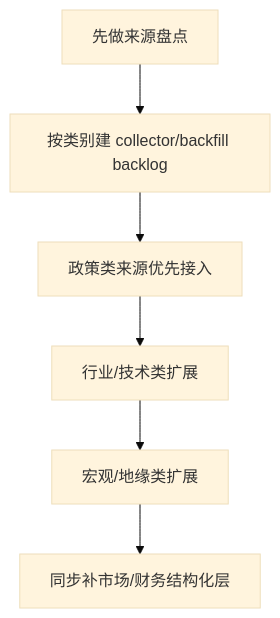
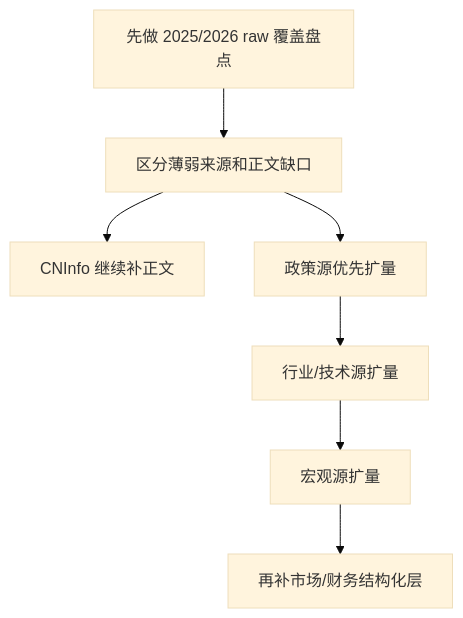
The second of 2 diagrams in docs/data/source-expansion-plan.md (Timcai06/SPM), drawn with Mermaid (base theme) before and after one commit. The commit also changed other lines of this file and 18 other files, not shown here.

Commit message:
Harden collector network path and add raw source audits

````diff
--- a/docs/data/source-expansion-plan.md
+++ b/docs/data/source-expansion-plan.md
@@ -146,8 +199,9 @@
 ```mermaid
 flowchart TD
-    A["先做来源盘点"] --> B["按类别建 collector/backfill backlog"]
-    B --> C["政策类来源优先接入"]
-    C --> D["行业/技术类扩展"]
-    D --> E["宏观/地缘类扩展"]
-    E --> F["同步补市场/财务结构化层"]
+    A["先做 2025/2026 raw 覆盖盘点"] --> B["区分薄弱来源和正文缺口"]
+    B --> C["CNInfo 继续补正文"]
+    B --> D["政策源优先扩量"]
+    D --> E["行业/技术源扩量"]
+    E --> F["宏观源扩量"]
+    F --> G["再补市场/财务结构化层"]
 ```
````
